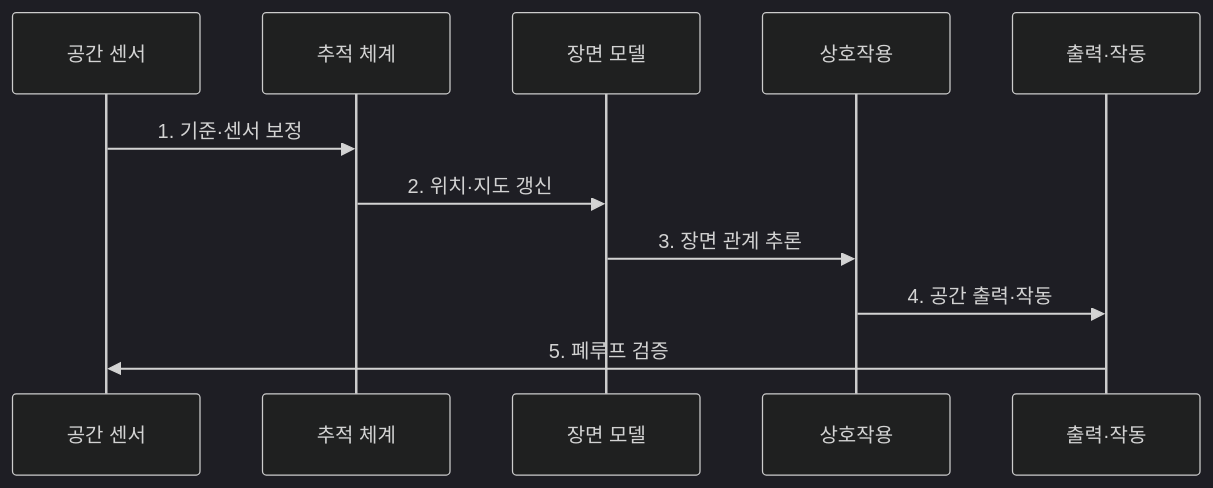
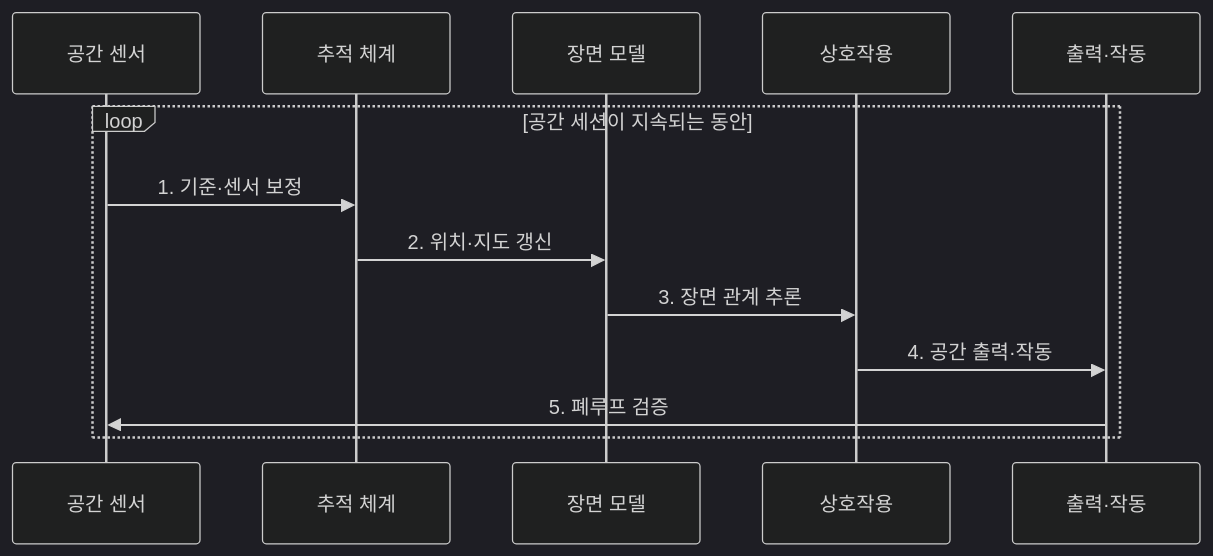
The second of 2 diagrams in src/content/docs/notes/08-latest-tech/225_spatial_computing.md (agnusdei1207/knowledge-base), drawn with Mermaid (dark theme) before and after one commit. The commit also changed other lines of this file and 225 other files, not shown here.

````diff
--- a/src/content/docs/notes/08-latest-tech/225_spatial_computing.md
+++ b/src/content/docs/notes/08-latest-tech/225_spatial_computing.md
@@ -77,13 +77,15 @@
 ```mermaid
 sequenceDiagram
   participant S as 공간 센서
   participant T as 추적 체계
   participant M as 장면 모델
   participant I as 상호작용
   participant O as 출력·작동
-  S->>T: 1. 기준·센서 보정
-  T->>M: 2. 위치·지도 갱신
-  M->>I: 3. 장면 관계 추론
-  I->>O: 4. 공간 출력·작동
-  O->>S: 5. 폐루프 검증
+  loop 공간 세션이 지속되는 동안
+    S->>T: 1. 기준·센서 보정
+    T->>M: 2. 위치·지도 갱신
+    M->>I: 3. 장면 관계 추론
+    I->>O: 4. 공간 출력·작동
+    O->>S: 5. 폐루프 검증
+  end
 ```
````
